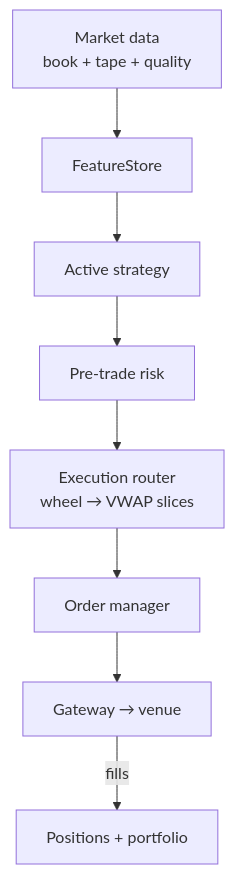
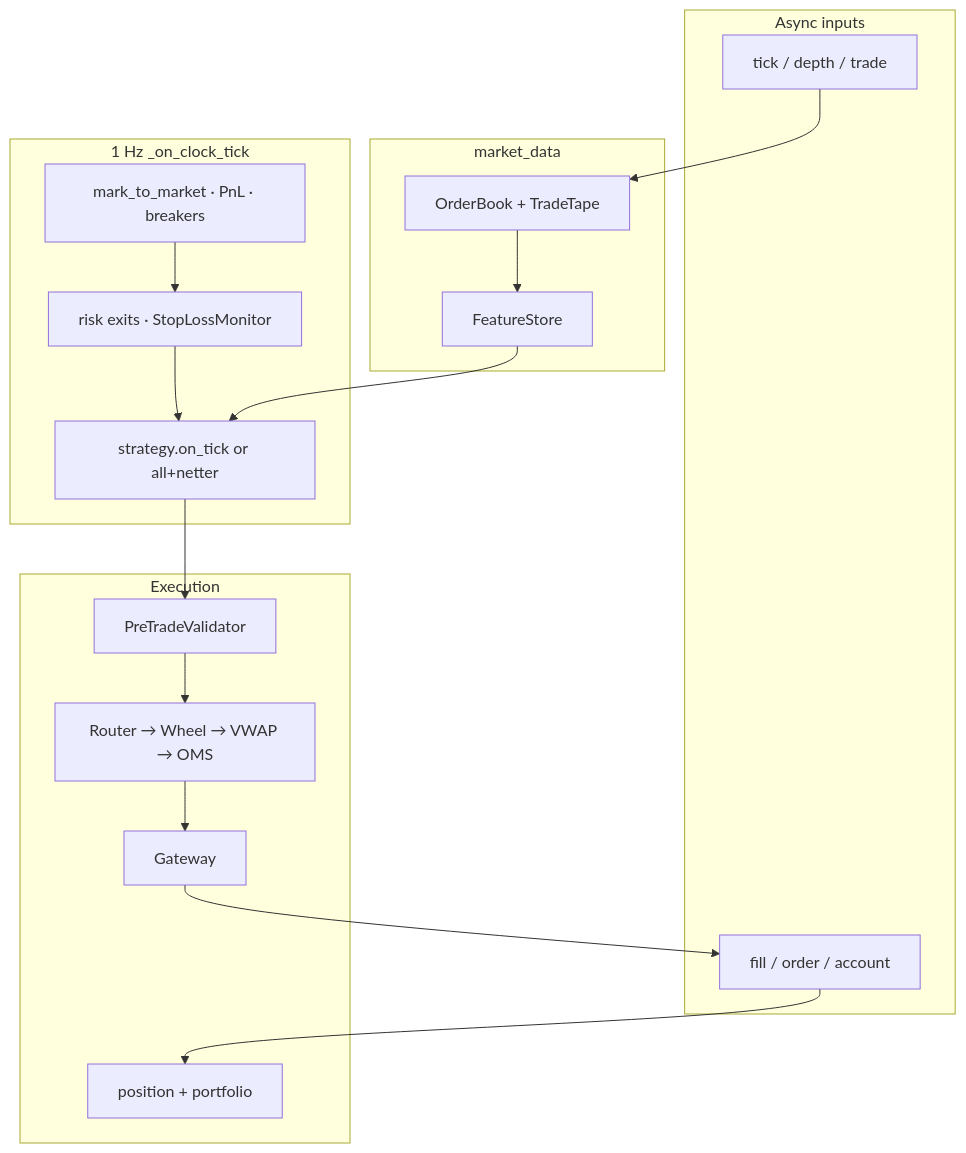
Before and after one commit to Zendragon98/algo-trading-hub: the third of 8 diagrams in README.md, drawn with Mermaid. The commit also changed other lines of this file and 18 other files, not shown here.

````diff
--- a/README.md
+++ b/README.md
@@ -45,10 +120,31 @@
 ```mermaid
 flowchart TB
-    MD[Market data<br/>book + tape + quality] --> FS[FeatureStore]
-    FS --> ST[Active strategy]
-    ST --> RK[Pre-trade risk]
-    RK --> EX[Execution router<br/>wheel → VWAP slices]
-    EX --> OMS[Order manager]
-    OMS --> GW[Gateway → venue]
-    GW -->|fills| POS[Positions + portfolio]
+    subgraph In["Async inputs"]
+        T[tick / depth / trade]
+        F[fill / order / account]
+    end
+
+    subgraph MD["market_data"]
+        OB[OrderBook + TradeTape]
+        FS[FeatureStore]
+        T --> OB --> FS
+    end
+
+    subgraph Clock["1 Hz _on_clock_tick"]
+        C1[mark_to_market · PnL · breakers]
+        C2[risk exits · StopLossMonitor]
+        C3[strategy.on_tick or all+netter]
+        C1 --> C2 --> C3
+    end
+
+    subgraph Out["Execution"]
+        PRE[PreTradeValidator]
+        RT[Router → Wheel → VWAP → OMS]
+        GW[Gateway]
+        C3 --> PRE --> RT --> GW
+        F --> POS[position + portfolio]
+        GW --> F
+    end
+
+    FS --> C3
 ```
````
